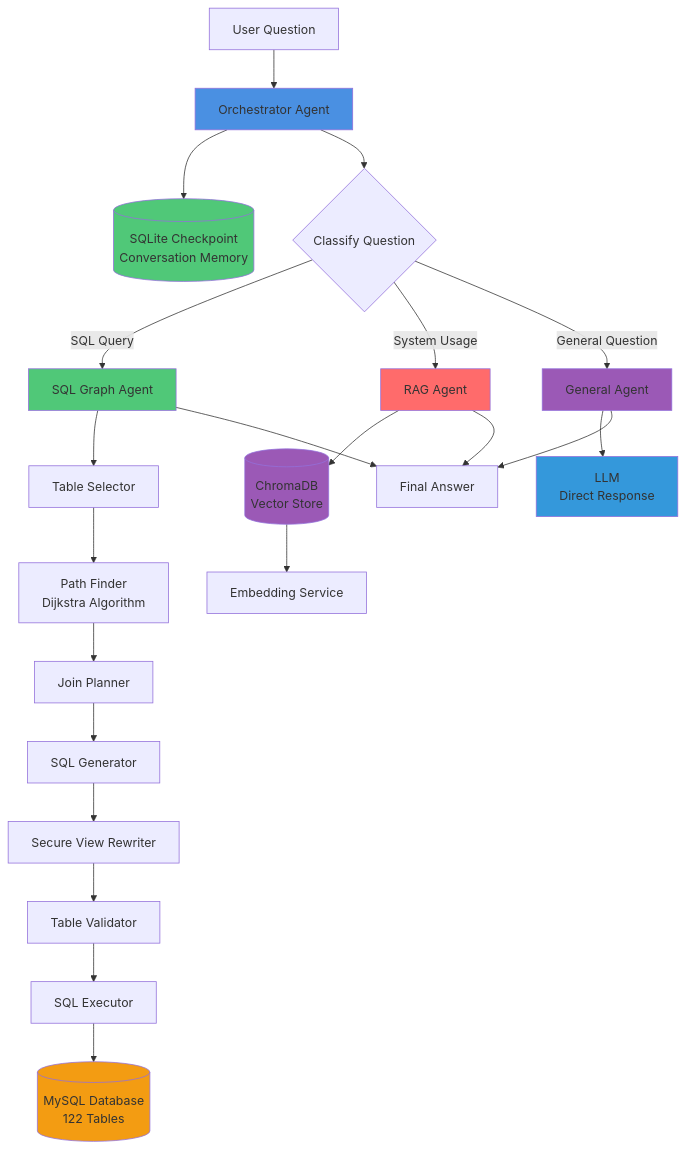
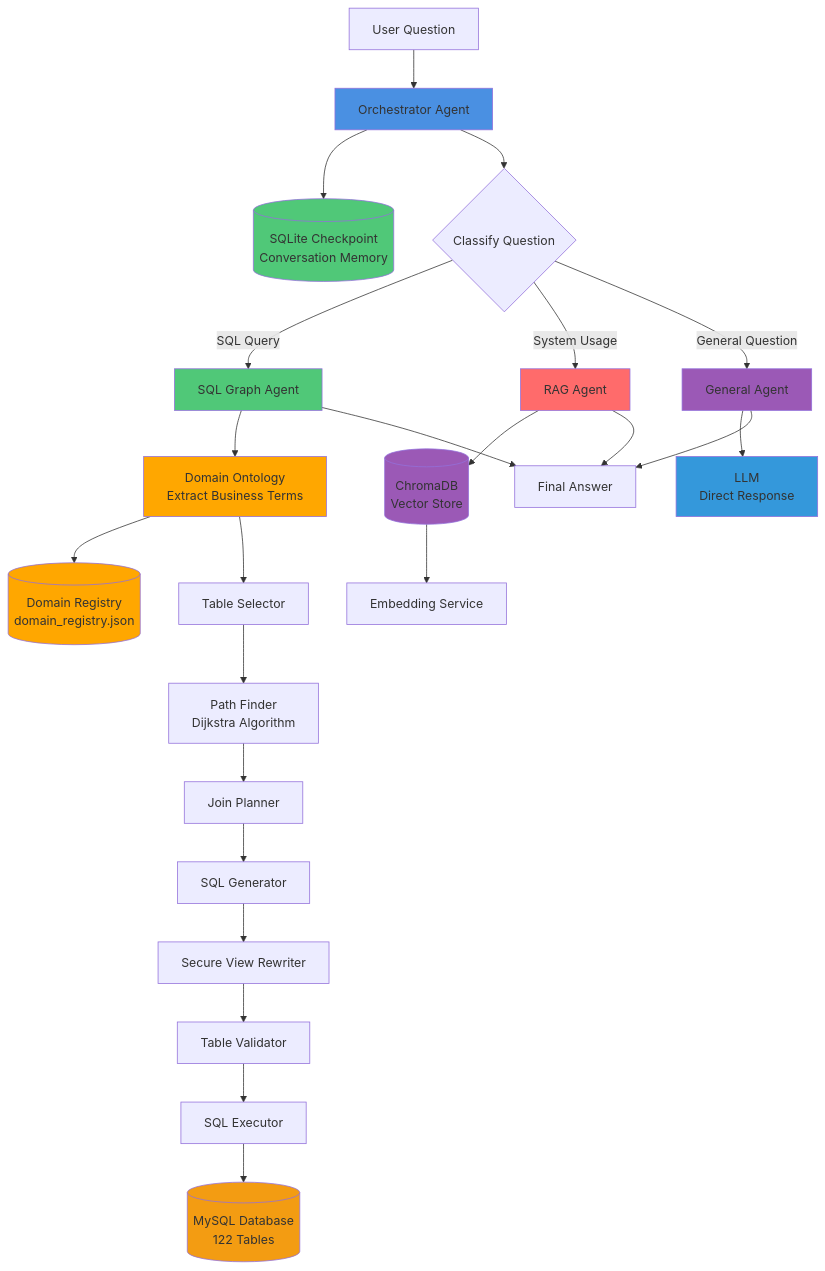
Before and after one commit to sandinosaso/advanced-ai-agent: the second of 16 diagrams in docs/ARCHITECTURE.md, drawn with Mermaid. The commit also changed other lines of this file and 7 other files, not shown here.

````diff
--- a/docs/ARCHITECTURE.md
+++ b/docs/ARCHITECTURE.md
@@ -69,36 +69,40 @@
 ```mermaid
 graph TB
     User[User Question] --> Orchestrator[Orchestrator Agent]
     Orchestrator --> Checkpoint[(SQLite Checkpoint<br/>Conversation Memory)]
     Orchestrator --> Classify{Classify Question}
     Classify -->|SQL Query| SQLAgent[SQL Graph Agent]
     Classify -->|System Usage| RAGAgent[RAG Agent]
     Classify -->|General Question| GeneralAgent[General Agent]
     
-    SQLAgent --> TableSelector[Table Selector]
+    SQLAgent --> DomainOntology[Domain Ontology<br/>Extract Business Terms]
+    DomainOntology --> DomainRegistry[(Domain Registry<br/>domain_registry.json)]
+    DomainOntology --> TableSelector[Table Selector]
     TableSelector --> PathFinder[Path Finder<br/>Dijkstra Algorithm]
     PathFinder --> JoinPlanner[Join Planner]
     JoinPlanner --> SQLGen[SQL Generator]
     SQLGen --> SecureRewrite[Secure View Rewriter]
     SecureRewrite --> Validator[Table Validator]
     Validator --> Executor[SQL Executor]
     Executor --> MySQL[(MySQL Database<br/>122 Tables)]
     
     RAGAgent --> VectorStore[(ChromaDB<br/>Vector Store)]
     VectorStore --> Embeddings[Embedding Service]
     
     GeneralAgent --> LLM[LLM<br/>Direct Response]
     
     SQLAgent --> Result[Final Answer]
     RAGAgent --> Result
     GeneralAgent --> Result
     
     style Orchestrator fill:#4A90E2
     style SQLAgent fill:#50C878
     style RAGAgent fill:#FF6B6B
     style GeneralAgent fill:#9B59B6
     style MySQL fill:#F39C12
     style VectorStore fill:#9B59B6
     style LLM fill:#3498DB
     style Checkpoint fill:#50C878
+    style DomainOntology fill:#FFA700
+    style DomainRegistry fill:#FFA700
 ```
````
